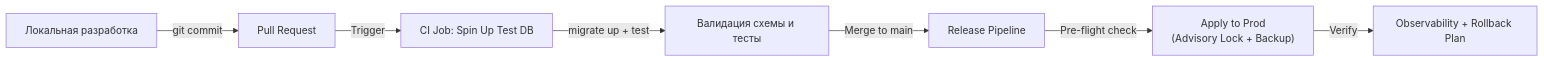
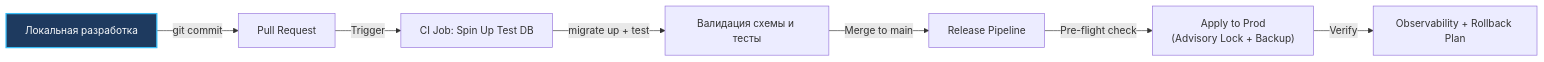
One commit to UnrealTemplier/go-textbook changed the second of 2 diagrams in sources/12. Базы данных/10. Практика и архитектура/5. Версионирование схемы.md. Above: the diagram before and after it, drawn with Mermaid. The commit also changed other lines of this file and 1666 other files, not shown here.

First line of the commit message:
feat(mermaid): add semantic color classDef to 1369 colorless flowchart/graph diagrams

````diff
--- a/sources/12. Базы данных/10. Практика и архитектура/5. Версионирование схемы.md
+++ b/sources/12. Базы данных/10. Практика и архитектура/5. Версионирование схемы.md
@@ -67,9 +77,19 @@
 ```mermaid
 flowchart LR
-    Dev["Локальная разработка"] -->|git commit| PR["Pull Request"]
+    classDef process  fill:#1e293b,stroke:#38bdf8,stroke-width:1px,color:#f8fafc
+    classDef success  fill:#064e3b,stroke:#34d399,stroke-width:1px,color:#f8fafc
+    classDef error    fill:#7f1d1d,stroke:#f87171,stroke-width:1px,color:#f8fafc
+    classDef warning  fill:#78350f,stroke:#fbbf24,stroke-width:1px,color:#f8fafc
+    classDef entry    fill:#1e3a5f,stroke:#38bdf8,stroke-width:2px,color:#f8fafc
+    classDef aux      fill:#334155,stroke:#64748b,stroke-width:1px,color:#f8fafc
+    classDef system   fill:#312e81,stroke:#a78bfa,stroke-width:1px,color:#f8fafc
+    classDef data     fill:#132d29,stroke:#2dd4bf,stroke-width:1px,color:#f8fafc
+    classDef network  fill:#881337,stroke:#fb7185,stroke-width:1px,color:#f8fafc
+    classDef accent   fill:#1e1b4b,stroke:#818cf8,stroke-width:1px,color:#f8fafc
+    Dev["Локальная разработка"]:::entry -->|git commit| PR["Pull Request"]
     PR -->|Trigger| CI["CI Job: Spin Up Test DB"]
     CI -->|migrate up + test| Validate["Валидация схемы и тесты"]
     Validate -->|Merge to main| Release["Release Pipeline"]
     Release -->|Pre-flight check| Deploy["Apply to Prod<br>(Advisory Lock + Backup)"]
     Deploy -->|Verify| Monitor["Observability + Rollback Plan"]
 ```
````
